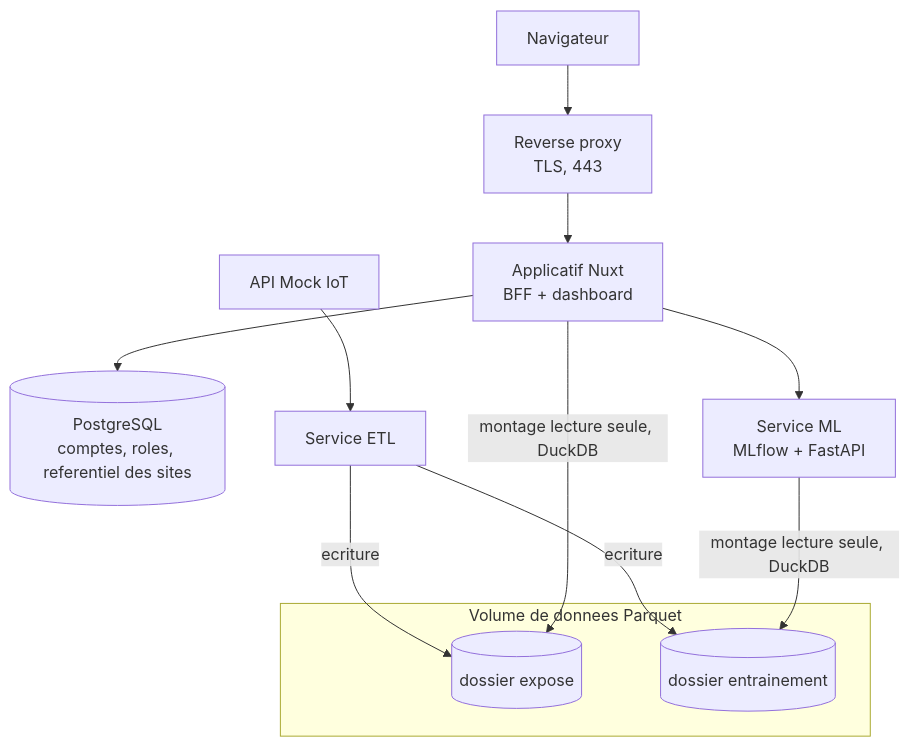
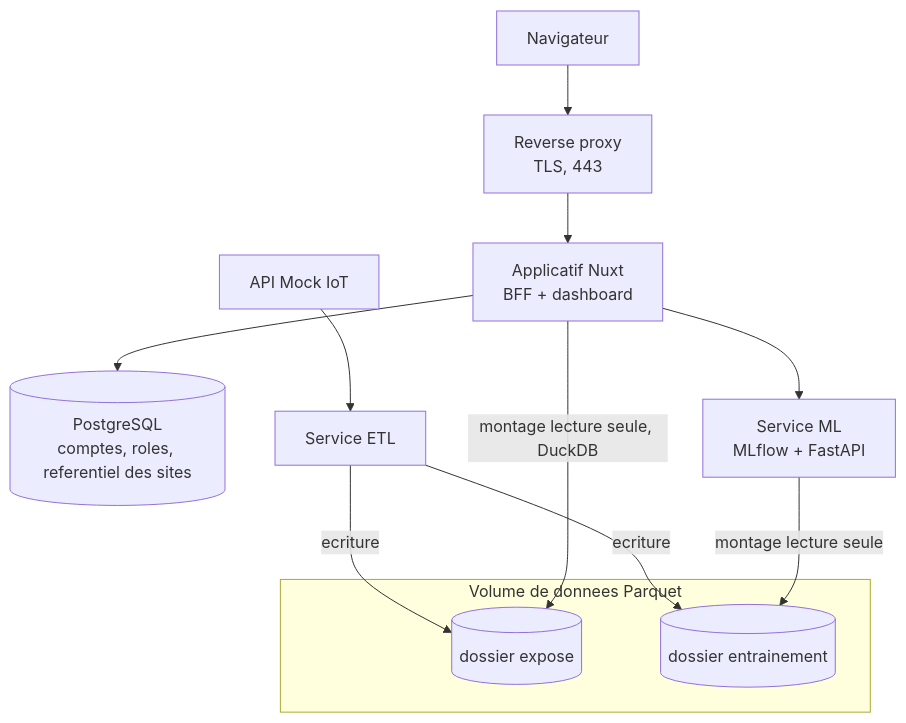
One commit to AlexRovere/smart-energy-optimizer changed the first of 4 diagrams in docs/architecture.md. Above: the diagram before and after it, drawn with Mermaid. The commit also changed other lines of this file, not shown here.

````diff
--- a/docs/architecture.md
+++ b/docs/architecture.md
@@ -18,16 +18,16 @@
 ```mermaid
 flowchart TB
     U["Navigateur"] --> RP["Reverse proxy<br/>TLS, 443"]
     RP --> APP["Applicatif Nuxt<br/>BFF + dashboard"]
     APP --> PG[("PostgreSQL<br/>comptes, roles, referentiel des sites")]
     APP --> ML["Service ML<br/>MLflow + FastAPI"]
     MOCK["API Mock IoT"] --> ETL["Service ETL"]
     subgraph VOL["Volume de donnees Parquet"]
         BEX[("dossier expose")]
         BML[("dossier entrainement")]
     end
     ETL -->|ecriture| BEX
     ETL -->|ecriture| BML
     APP -->|montage lecture seule, DuckDB| BEX
-    ML -->|montage lecture seule, DuckDB| BML
+    ML -->|montage lecture seule| BML
 ```
````
